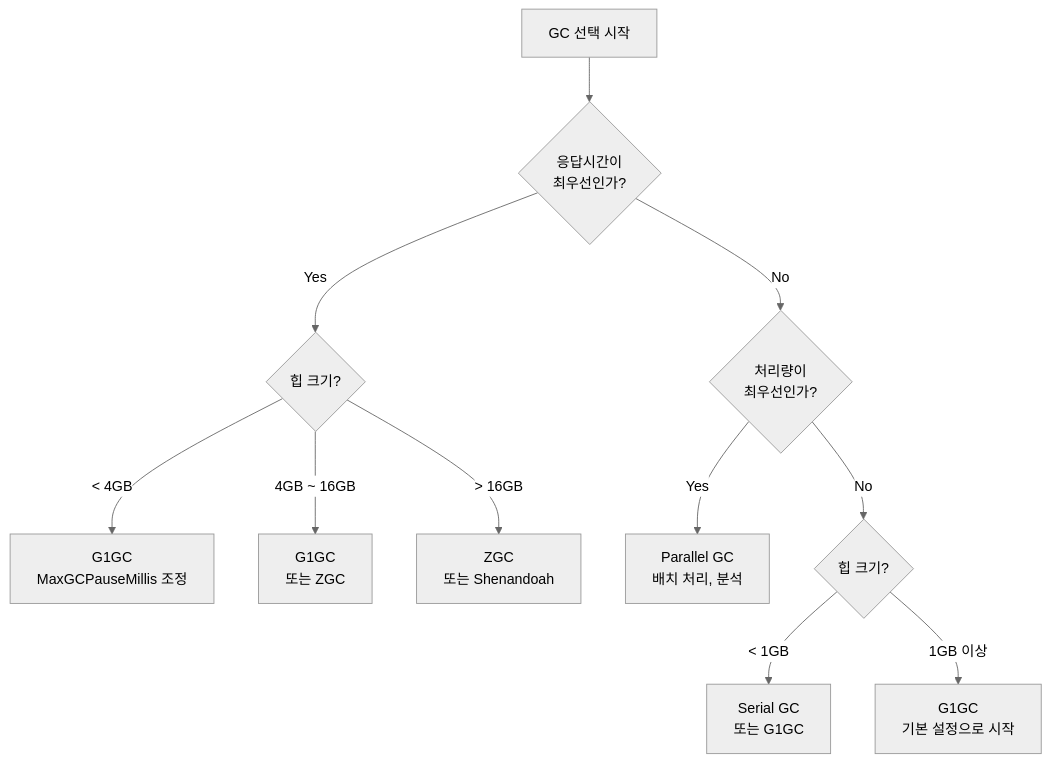
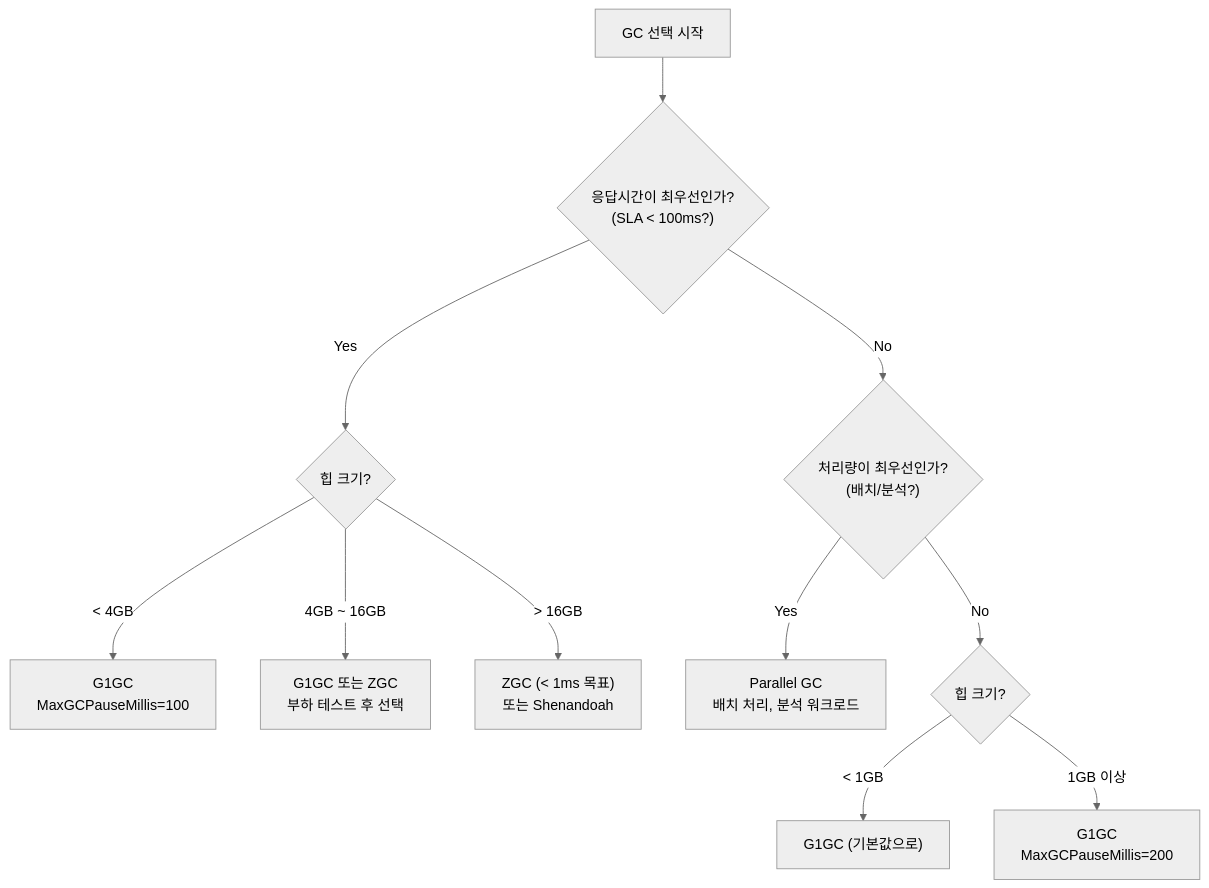
One commit to yjkim2015/yjkim2015.github.io changed the seventh of 7 diagrams in _posts/java/2026-05-02-jvm-architecture.md. Above: the diagram before and after it, drawn with Mermaid (neutral theme). The commit also changed other lines of this file and 92 other files, not shown here.

First line of the commit message:
Major quality rewrite: 98 files, Mermaid fix, extreme-scenario component

````diff
--- a/_posts/java/2026-05-02-jvm-architecture.md
+++ b/_posts/java/2026-05-02-jvm-architecture.md
@@ -765,13 +833,13 @@
 ```mermaid
 flowchart TD
-    A["GC 선택 시작"] --> B{"응답시간이\n최우선인가?"}
+    A["GC 선택 시작"] --> B{"응답시간이 최우선인가?\n(SLA < 100ms?)"}
     B -->|Yes| C{"힙 크기?"}
-    C -->|"< 4GB"| D["G1GC\nMaxGCPauseMillis 조정"]
-    C -->|"4GB ~ 16GB"| E["G1GC\n또는 ZGC"]
-    C -->|"> 16GB"| F["ZGC\n또는 Shenandoah"]
-    B -->|No| G{"처리량이\n최우선인가?"}
-    G -->|Yes| H["Parallel GC\n배치 처리, 분석"]
+    C -->|"< 4GB"| D["G1GC\nMaxGCPauseMillis=100"]
+    C -->|"4GB ~ 16GB"| E["G1GC 또는 ZGC\n부하 테스트 후 선택"]
+    C -->|"> 16GB"| F["ZGC (< 1ms 목표)\n또는 Shenandoah"]
+    B -->|No| G{"처리량이 최우선인가?\n(배치/분석?)"}
+    G -->|Yes| H["Parallel GC\n배치 처리, 분석 워크로드"]
     G -->|No| I{"힙 크기?"}
-    I -->|"< 1GB"| J["Serial GC\n또는 G1GC"]
-    I -->|"1GB 이상"| K["G1GC\n기본 설정으로 시작"]
+    I -->|"< 1GB"| J["G1GC (기본값으로)"]
+    I -->|"1GB 이상"| K["G1GC\nMaxGCPauseMillis=200"]
 ```
````
